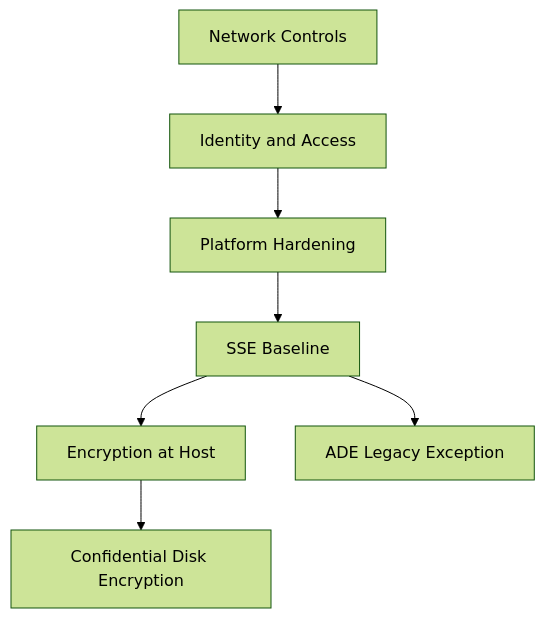
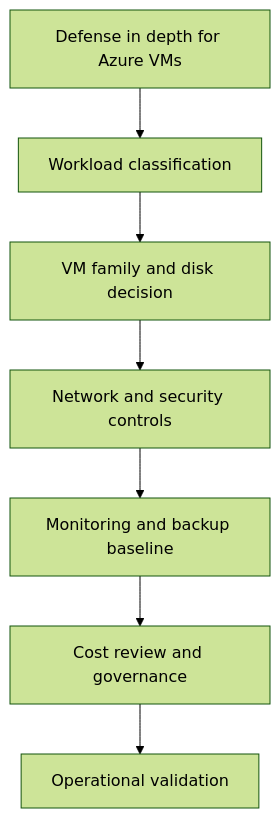
The diagram in docs/best-practices/security-best-practices.md (yeongseon/azure-virtual-machine-practical-guide), drawn with Mermaid (forest theme) before and after one commit. The commit also changed other lines of this file and 24 other files, not shown here.

````diff
--- a/docs/best-practices/security-best-practices.md
+++ b/docs/best-practices/security-best-practices.md
@@ -30,16 +17,9 @@
 ```mermaid
-graph TD
-    N[Network Controls]
-    I[Identity and Access]
-    P[Platform Hardening]
-    S[SSE Baseline]
-    H[Encryption at Host]
-    C[Confidential Disk Encryption]
-    A[ADE Legacy Exception]
-    N --> I
-    I --> P
-    P --> S
-    S --> H
-    H --> C
-    S --> A
+flowchart TD
+    A[Defense in depth for Azure VMs] --> B[Workload classification]
+    B --> C[VM family and disk decision]
+    C --> D[Network and security controls]
+    D --> E[Monitoring and backup baseline]
+    E --> F[Cost review and governance]
+    F --> G[Operational validation]
 ```
````
